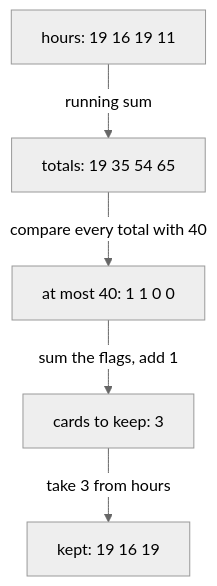
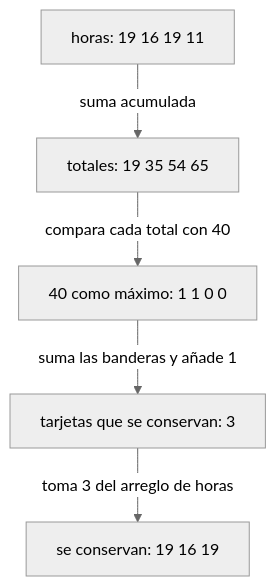
One commit to dullroar/aprende-a-programar-como-un-bicho-raro changed the diagram in lessons/cs-source/concepts/array-programming.md. Above: the diagram before and after it, drawn with Mermaid (neutral theme). The commit also changed other lines of this file and 43 other files, not shown here.

````diff
--- a/lessons/cs-source/concepts/array-programming.md
+++ b/lessons/cs-source/concepts/array-programming.md
@@ -8,9 +8,9 @@
 ```mermaid
 flowchart TB
-    accTitle: Array programming describes bulk transformations on whole vectors, often replacing explicit control flow
-    accDescr: A pipeline of whole arrays with no loop. The hours array is 19, 16, 19, 11. A running sum gives the totals 19, 35, 54, 65. Comparing every total with 40 gives the flags 1, 1, 0, 0. Summing the flags gives 2, and adding 1 gives 3 cards to keep. Taking 3 items from the hours gives 19, 16, 19.
-    H["hours: 19 16 19 11"] -->|"running sum"| T["totals: 19 35 54 65"]
-    T -->|"compare every total with 40"| F["at most 40: 1 1 0 0"]
-    F -->|"sum the flags, add 1"| N["cards to keep: 3"]
-    N -->|"take 3 from hours"| K["kept: 19 16 19"]
+    accTitle: La programación con arreglos describe transformaciones en bloque sobre vectores completos y a menudo sustituye al flujo de control explícito
+    accDescr: Una canalización de arreglos completos sin bucle. El arreglo de horas es 19, 16, 19, 11. Una suma acumulada da los totales 19, 35, 54, 65. Al comparar cada total con 40 se obtienen las banderas 1, 1, 0, 0. La suma de las banderas da 2. Añade 1 y obtienes 3 tarjetas que conservar. Si tomas 3 elementos del arreglo de horas, obtienes 19, 16, 19.
+    H["horas: 19 16 19 11"] -->|"suma acumulada"| T["totales: 19 35 54 65"]
+    T -->|"compara cada total con 40"| F["40 como máximo: 1 1 0 0"]
+    F -->|"suma las banderas y añade 1"| N["tarjetas que se conservan: 3"]
+    N -->|"toma 3 del arreglo de horas"| K["se conservan: 19 16 19"]
 ```
````
